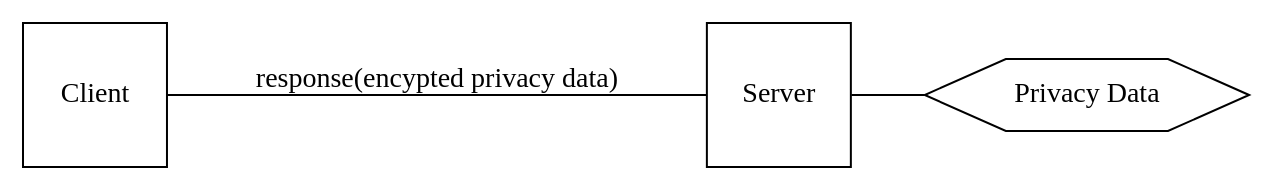
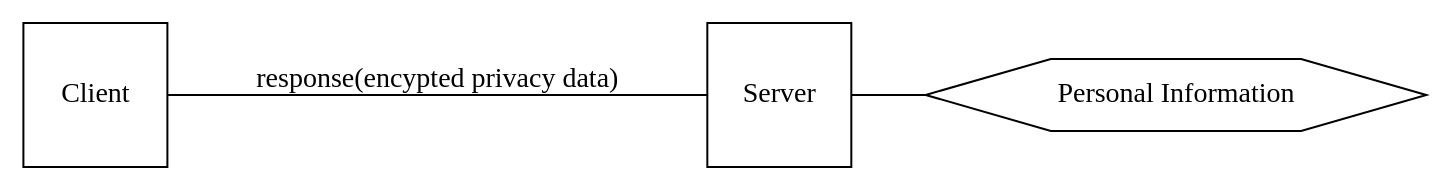
One commit to openid/Contract-Exchange-Extension changed the second of 2 diagrams in doc/source/contract_exchange.rst. Above: the diagram before and after it, drawn with Graphviz. The commit also changed other lines of this file and 28 other files, not shown here.

Commit message:
overview is detailed with some diagrams

```diff
--- a/doc/source/contract_exchange.rst
+++ b/doc/source/contract_exchange.rst
@@ -101,11 +101,11 @@
 .. graphviz::
 
    digraph {
       graph [ rankdir = LR ];
       Client [shape = box ,height=1.0 ,width=1.0];
       Server [shape = box ,height=1.0 ,width=1.0];
-      "Privacy Data" [shape = hexagon];
+      "Personal Information" [shape = hexagon];
 
       "Client" -> "Server" [label = "response(encypted privacy data)",arrowhead=none,arrowtail=normal];
-      "Server" -> "Privacy Data" [arrowhead="none"];
+      "Server" -> "Personal Information" [arrowhead="none"];
    }
```
